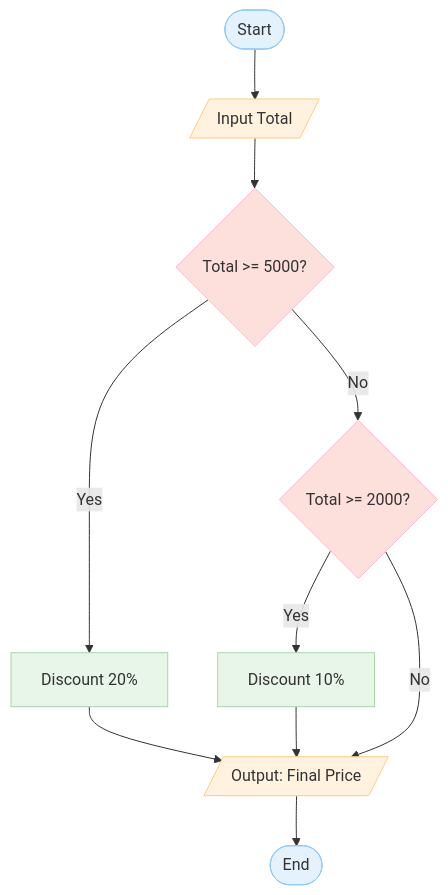
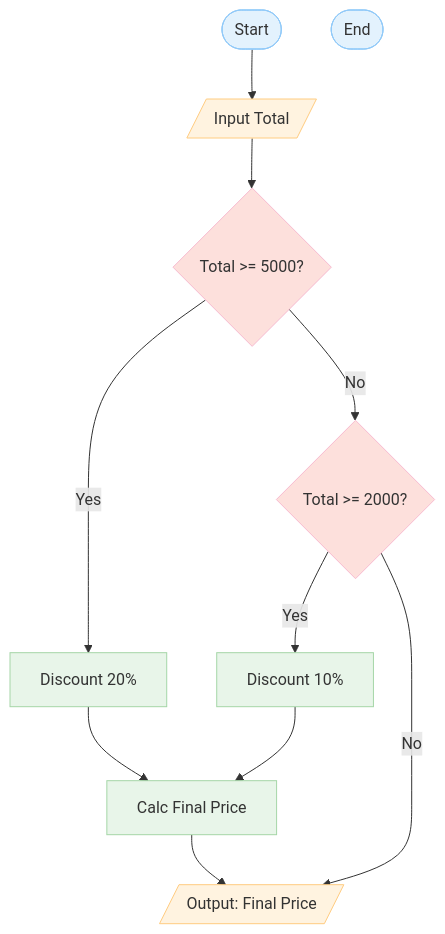
One commit to IsaVII/2_Alogritm-Flowchart changed the fourth of 5 diagrams in AlgorithmPractice.md. Above: the diagram before and after it, drawn with Mermaid. The commit also changed 2 other files, not shown here.

Commit message:
Exercise 5

````diff
--- a/AlgorithmPractice.md
+++ b/AlgorithmPractice.md
@@ -159,28 +159,28 @@
 ```mermaid
 flowchart TD
     A([Start]):::term-->
     B[/Input Total/]:::io
 
     B --> C{Total >= 5000?}:::dec
     C -- Yes --> D[Discount 20%]:::proc
-    D-->F[/Output: Final Price/]:::io
-    F-->End
+    D-->calc
 
     C -- No --> G{Total >= 2000?}:::dec
     G -- Yes --> H[Discount 10%]:::proc
-    H-->F
+    H--> calc[Calc Final Price]:::proc
+    calc-->F
 
-    G -- No --> F
+    G -- No --> F[/Output: Final Price/]:::io
 
 
     End([End]):::term 
   
   classDef term fill:#e3f2fd,stroke:#90caf9,color:#333,stroke-width:1px;
   classDef io fill:#fff3e0,stroke:#ffcc80,color:#333,stroke-width:1px;
   classDef proc fill:#e8f5e9,stroke:#a5d6a7,color:#333,stroke-width:1px;
   classDef dec fill:#fde0dc,stroke:#f8bbd0,color:#333,stroke-width:1px;
   classDef pre fill:#ede7f6,stroke:#b39ddb,color:#333,stroke-width:1px;
   classDef conn fill:#f5f5f5,stroke:#bdbdbd,color:#333,stroke-width:1px;
   classDef hide fill:none,stroke:none,color:none;
   classDef label fill:none,stroke:none,color:#333,text-align:center;
 ```
````
